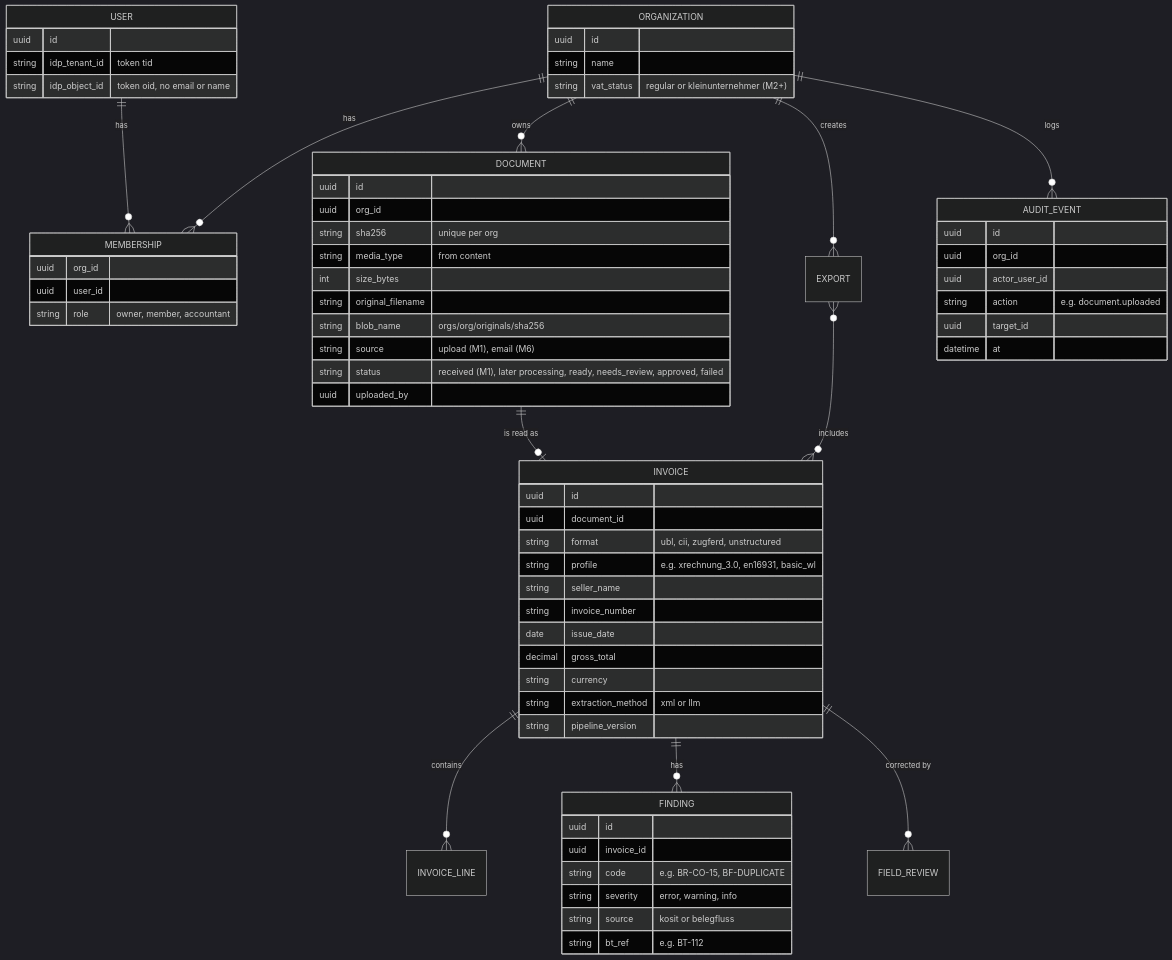
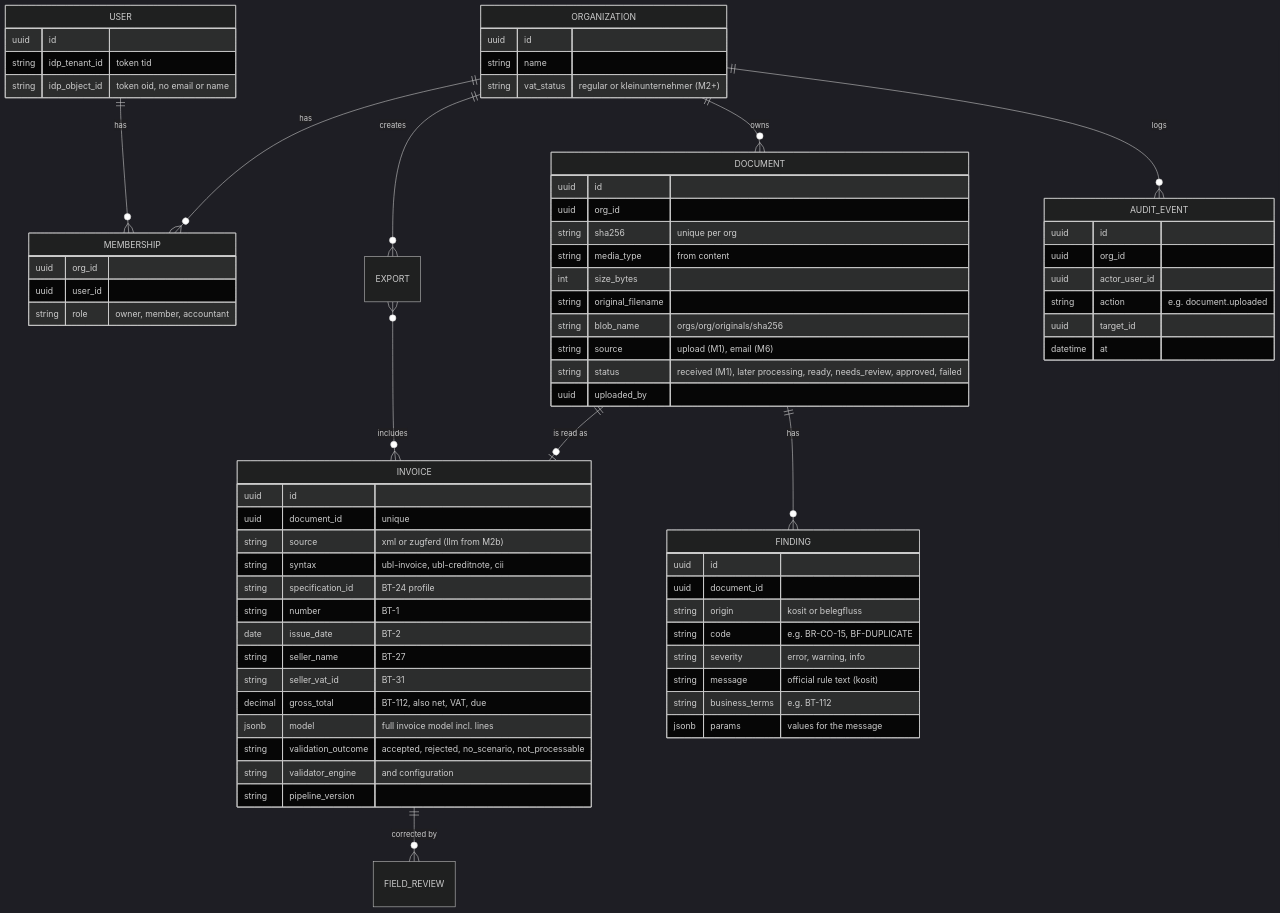
One commit to LomadaDharmateja/belegfluss changed the fifth of 8 diagrams in docs/ARCHITECTURE.md. Above: the diagram before and after it, drawn with Mermaid (dark theme). The commit also changed other lines of this file and 7 other files, not shown here.

````diff
--- a/docs/ARCHITECTURE.md
+++ b/docs/ARCHITECTURE.md
@@ -198,70 +201,74 @@
 ```mermaid
 erDiagram
     ORGANIZATION ||--o{ MEMBERSHIP : has
     USER ||--o{ MEMBERSHIP : has
     ORGANIZATION ||--o{ DOCUMENT : owns
     DOCUMENT ||--o| INVOICE : "is read as"
-    INVOICE ||--o{ INVOICE_LINE : contains
-    INVOICE ||--o{ FINDING : has
+    DOCUMENT ||--o{ FINDING : has
     INVOICE ||--o{ FIELD_REVIEW : "corrected by"
     ORGANIZATION ||--o{ EXPORT : creates
     EXPORT }o--o{ INVOICE : includes
     ORGANIZATION ||--o{ AUDIT_EVENT : logs
 
     ORGANIZATION {
         uuid id
         string name
         string vat_status "regular or kleinunternehmer (M2+)"
     }
     USER {
         uuid id
         string idp_tenant_id "token tid"
         string idp_object_id "token oid, no email or name"
     }
     MEMBERSHIP {
         uuid org_id
         uuid user_id
         string role "owner, member, accountant"
     }
     DOCUMENT {
         uuid id
         uuid org_id
         string sha256 "unique per org"
         string media_type "from content"
         int size_bytes
         string original_filename
         string blob_name "orgs/org/originals/sha256"
         string source "upload (M1), email (M6)"
         string status "received (M1), later processing, ready, needs_review, approved, failed"
         uuid uploaded_by
     }
     INVOICE {
         uuid id
-        uuid document_id
-        string format "ubl, cii, zugferd, unstructured"
-        string profile "e.g. xrechnung_3.0, en16931, basic_wl"
-        string seller_name
-        string invoice_number
-        date issue_date
-        decimal gross_total
-        string currency
-        string extraction_method "xml or llm"
+        uuid document_id "unique"
+        string source "xml or zugferd (llm from M2b)"
+        string syntax "ubl-invoice, ubl-creditnote, cii"
+        string specification_id "BT-24 profile"
+        string number "BT-1"
+        date issue_date "BT-2"
+        string seller_name "BT-27"
+        string seller_vat_id "BT-31"
+        decimal gross_total "BT-112, also net, VAT, due"
+        jsonb model "full invoice model incl. lines"
+        string validation_outcome "accepted, rejected, no_scenario, not_processable"
+        string validator_engine "and configuration"
         string pipeline_version
     }
     FINDING {
         uuid id
-        uuid invoice_id
+        uuid document_id
+        string origin "kosit or belegfluss"
         string code "e.g. BR-CO-15, BF-DUPLICATE"
         string severity "error, warning, info"
-        string source "kosit or belegfluss"
-        string bt_ref "e.g. BT-112"
+        string message "official rule text (kosit)"
+        string business_terms "e.g. BT-112"
+        jsonb params "values for the message"
     }
     AUDIT_EVENT {
         uuid id
         uuid org_id
         uuid actor_user_id
         string action "e.g. document.uploaded"
         uuid target_id
         datetime at
     }
 ```
````
